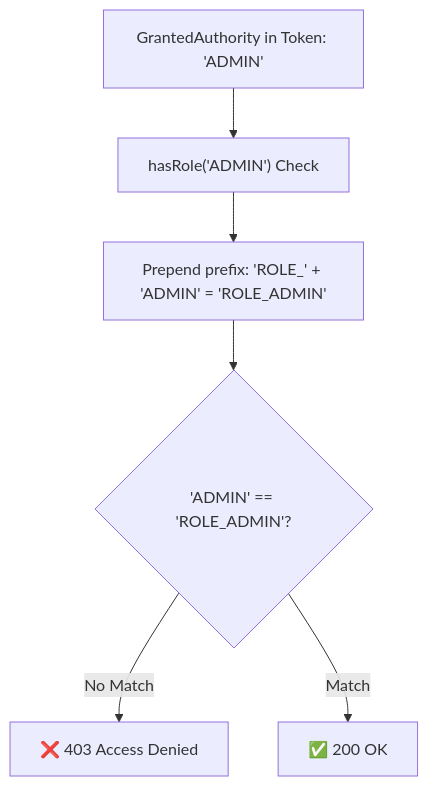
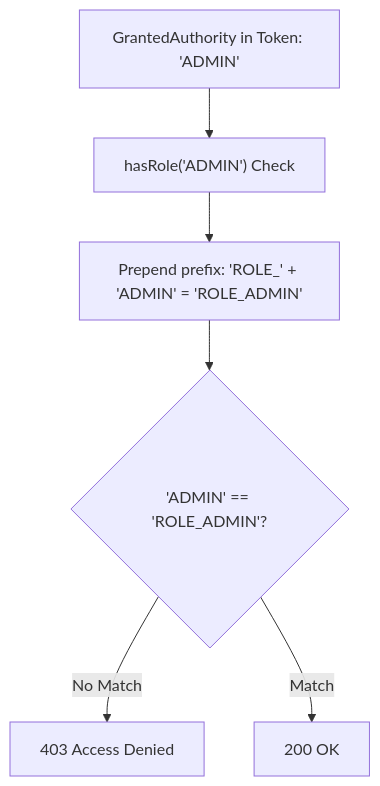
The second of 2 diagrams in docs/debugging/security-filter-chain-and-jwt-pitfalls.md (Rohit1024/spring-boot-mastery), drawn with Mermaid before and after one commit. The commit also changed other lines of this file and 117 other files, not shown here.

````diff
--- a/docs/debugging/security-filter-chain-and-jwt-pitfalls.md
+++ b/docs/debugging/security-filter-chain-and-jwt-pitfalls.md
@@ -112,8 +111,9 @@
 ``` mermaid
 flowchart TD
     UserAuth["GrantedAuthority in Token: 'ADMIN'"] --> Check["hasRole('ADMIN') Check"]
-    Check --> Prepend["Prepend prefix: 'ROLE_' + 'ADMIN' = 'ROLE_ADMIN'"]
+    Prepend["Prepend prefix: 'ROLE_' + 'ADMIN' = 'ROLE_ADMIN'"]
+    Check --> Prepend
     Prepend --> Compare{"'ADMIN' == 'ROLE_ADMIN'?"}
-    Compare -->|No Match| Denied["❌ 403 Access Denied"]
-    Compare -->|Match| Granted["✅ 200 OK"]
+    Compare -->|No Match| Denied["403 Access Denied"]
+    Compare -->|Match| Granted["200 OK"]
 ```
````
